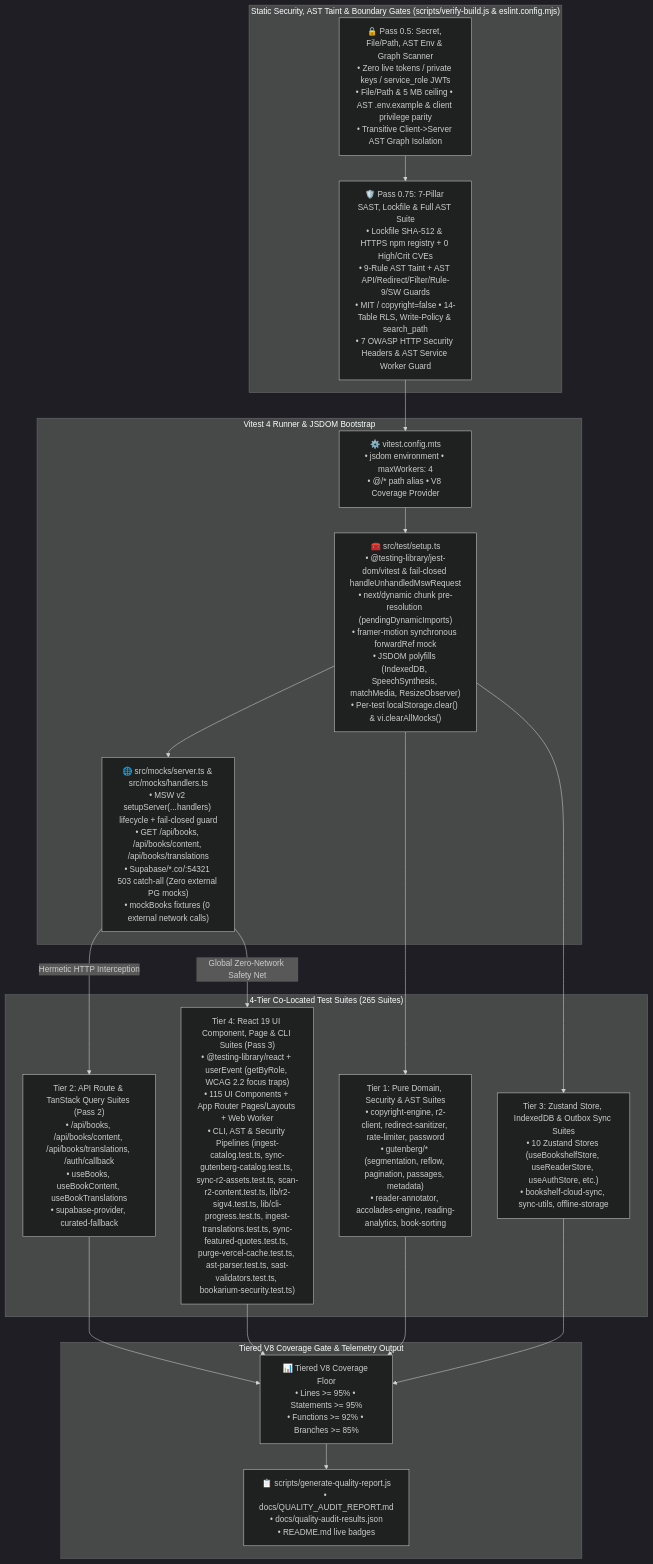
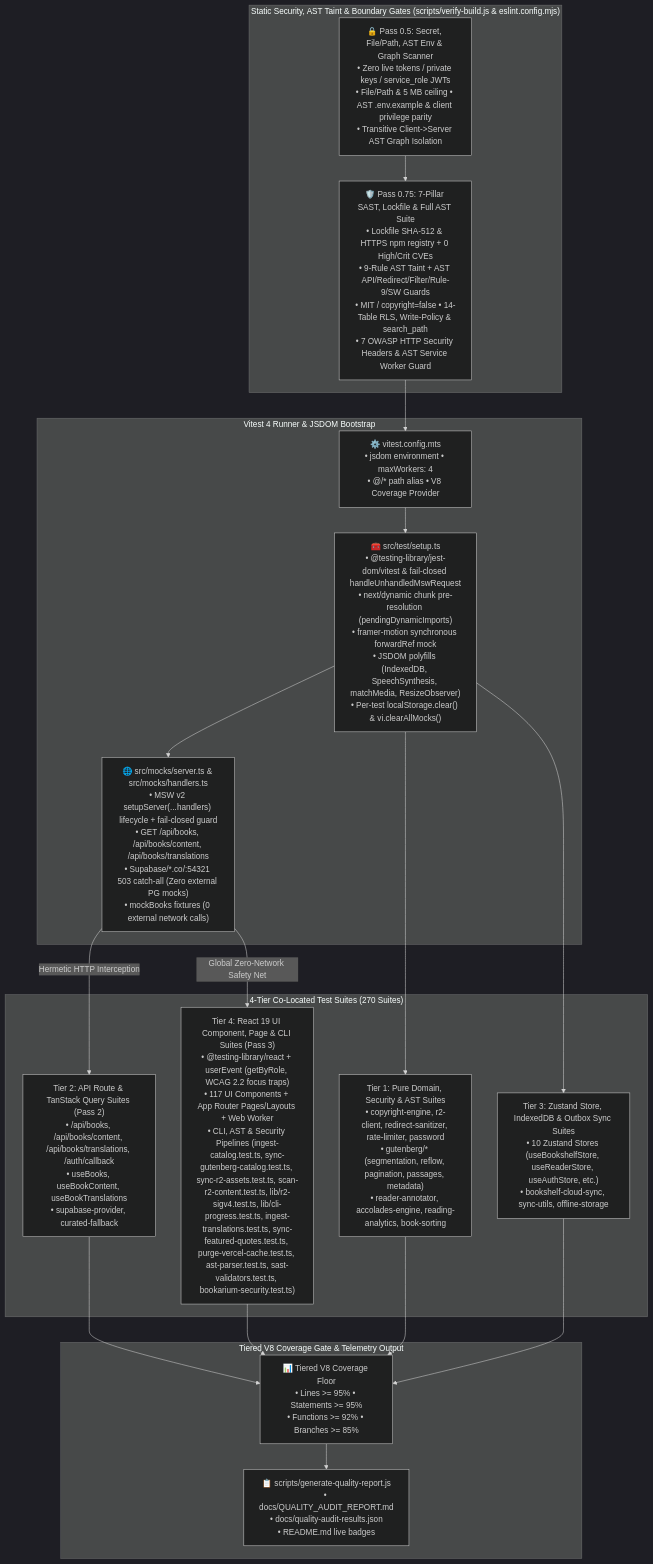
The diagram in docs/architecture/ast-topology-and-tooling.md (calin-m/Bookarium), drawn with Mermaid (dark theme) before and after one commit. The commit also changed other lines of this file and 52 other files, not shown here.

````diff
--- a/docs/architecture/ast-topology-and-tooling.md
+++ b/docs/architecture/ast-topology-and-tooling.md
@@ -15,39 +15,39 @@
 ```mermaid
 flowchart TD
     subgraph SecurityGates ["Static Security, AST Taint & Boundary Gates (scripts/verify-build.js & eslint.config.mjs)"]
         Pass05["🔒 Pass 0.5: Secret, File/Path, AST Env & Graph Scanner\n• Zero live tokens / private keys / service_role JWTs\n• File/Path & 5 MB ceiling • AST .env.example & client privilege parity\n• Transitive Client->Server AST Graph Isolation"]
         Pass075["🛡️ Pass 0.75: 7-Pillar SAST, Lockfile & Full AST Suite\n• Lockfile SHA-512 & HTTPS npm registry + 0 High/Crit CVEs\n• 9-Rule AST Taint + AST API/Redirect/Filter/Rule-9/SW Guards\n• MIT / copyright=false • 14-Table RLS, Write-Policy & search_path\n• 7 OWASP HTTP Security Headers & AST Service Worker Guard"]
     end
 
     subgraph TestRunner ["Vitest 4 Runner & JSDOM Bootstrap"]
         VitestCfg["⚙️ vitest.config.mts\n• jsdom environment • maxWorkers: 4\n• @/* path alias • V8 Coverage Provider"]
         TestSetup["🧰 src/test/setup.ts\n• @testing-library/jest-dom/vitest & fail-closed handleUnhandledMswRequest\n• next/dynamic chunk pre-resolution (pendingDynamicImports)\n• framer-motion synchronous forwardRef mock\n• JSDOM polyfills (IndexedDB, SpeechSynthesis, matchMedia, ResizeObserver)\n• Per-test localStorage.clear() & vi.clearAllMocks()"]
         MSWServer["🌐 src/mocks/server.ts & src/mocks/handlers.ts\n• MSW v2 setupServer(...handlers) lifecycle + fail-closed guard\n• GET /api/books, /api/books/content, /api/books/translations\n• Supabase/*.co/:54321 503 catch-all (Zero external PG mocks)\n• mockBooks fixtures (0 external network calls)"]
     end
 
-    subgraph TestTiers ["4-Tier Co-Located Test Suites (265 Suites)"]
+    subgraph TestTiers ["4-Tier Co-Located Test Suites (270 Suites)"]
         Tier1["Tier 1: Pure Domain, Security & AST Suites\n• copyright-engine, r2-client, redirect-sanitizer, rate-limiter, password\n• gutenberg/* (segmentation, reflow, pagination, passages, metadata)\n• reader-annotator, accolades-engine, reading-analytics, book-sorting"]
         Tier2["Tier 2: API Route & TanStack Query Suites (Pass 2)\n• /api/books, /api/books/content, /api/books/translations, /auth/callback\n• useBooks, useBookContent, useBookTranslations\n• supabase-provider, curated-fallback"]
         Tier3["Tier 3: Zustand Store, IndexedDB & Outbox Sync Suites\n• 10 Zustand Stores (useBookshelfStore, useReaderStore, useAuthStore, etc.)\n• bookshelf-cloud-sync, sync-utils, offline-storage"]
-        Tier4["Tier 4: React 19 UI Component, Page & CLI Suites (Pass 3)\n• @testing-library/react + userEvent (getByRole, WCAG 2.2 focus traps)\n• 115 UI Components + App Router Pages/Layouts + Web Worker\n• CLI, AST & Security Pipelines (ingest-catalog.test.ts, sync-gutenberg-catalog.test.ts, sync-r2-assets.test.ts, scan-r2-content.test.ts, lib/r2-sigv4.test.ts, lib/cli-progress.test.ts, ingest-translations.test.ts, sync-featured-quotes.test.ts, purge-vercel-cache.test.ts, ast-parser.test.ts, sast-validators.test.ts, bookarium-security.test.ts)"]
+        Tier4["Tier 4: React 19 UI Component, Page & CLI Suites (Pass 3)\n• @testing-library/react + userEvent (getByRole, WCAG 2.2 focus traps)\n• 117 UI Components + App Router Pages/Layouts + Web Worker\n• CLI, AST & Security Pipelines (ingest-catalog.test.ts, sync-gutenberg-catalog.test.ts, sync-r2-assets.test.ts, scan-r2-content.test.ts, lib/r2-sigv4.test.ts, lib/cli-progress.test.ts, ingest-translations.test.ts, sync-featured-quotes.test.ts, purge-vercel-cache.test.ts, ast-parser.test.ts, sast-validators.test.ts, bookarium-security.test.ts)"]
     end
 
     subgraph CoverageGate ["Tiered V8 Coverage Gate & Telemetry Output"]
         V8Thresholds["📊 Tiered V8 Coverage Floor\n• Lines >= 95% • Statements >= 95%\n• Functions >= 92% • Branches >= 85%"]
         QualityReport["📋 scripts/generate-quality-report.js\n• docs/QUALITY_AUDIT_REPORT.md\n• docs/quality-audit-results.json\n• README.md live badges"]
     end
 
     Pass05 --> Pass075
     Pass075 --> VitestCfg
     VitestCfg --> TestSetup
     TestSetup --> MSWServer
     TestSetup --> Tier1
     MSWServer -->|"Hermetic HTTP Interception"| Tier2
     TestSetup --> Tier3
     MSWServer -->|"Global Zero-Network Safety Net"| Tier4
     Tier1 --> V8Thresholds
     Tier2 --> V8Thresholds
     Tier3 --> V8Thresholds
     Tier4 --> V8Thresholds
     V8Thresholds --> QualityReport
 ```
````
